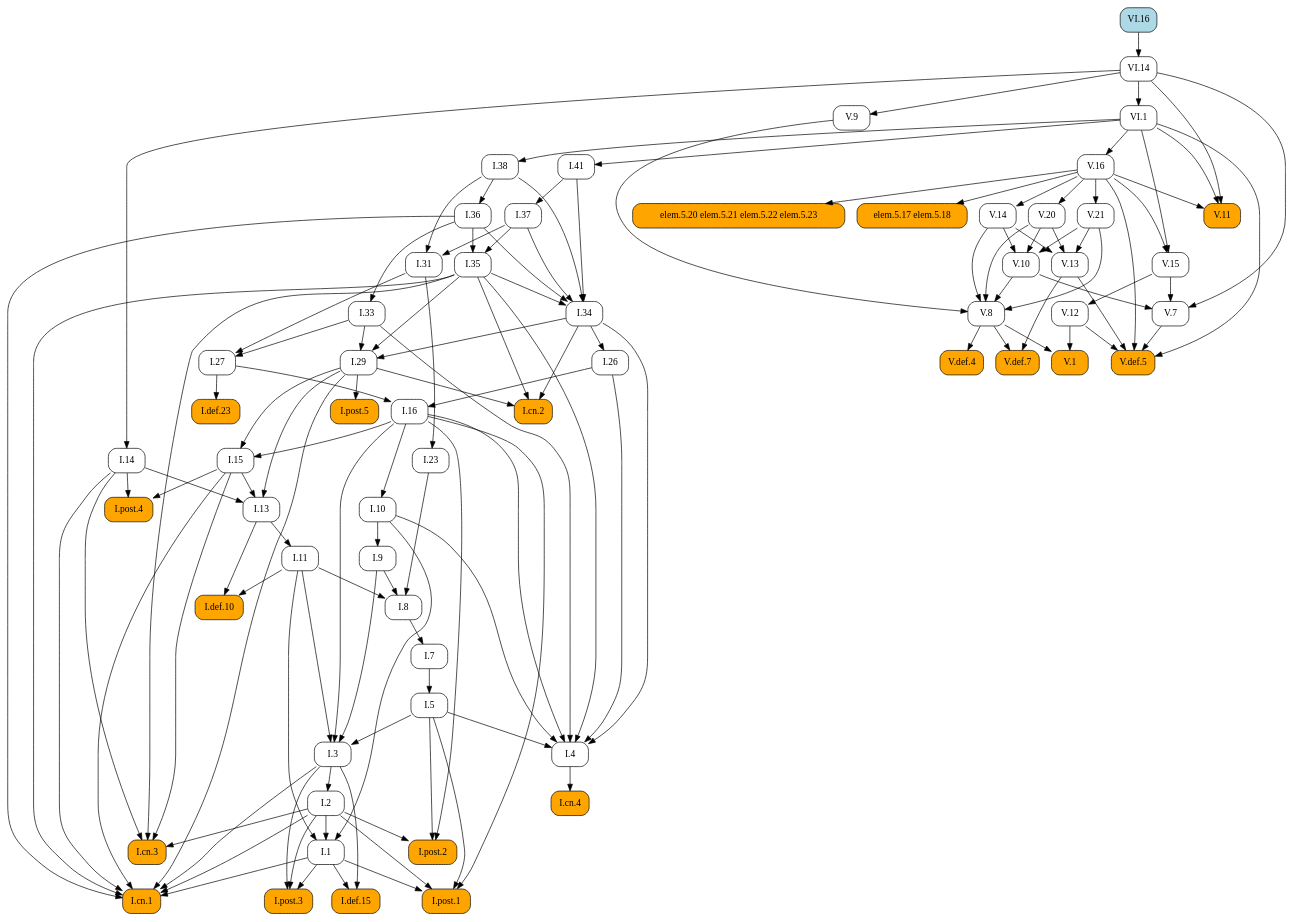
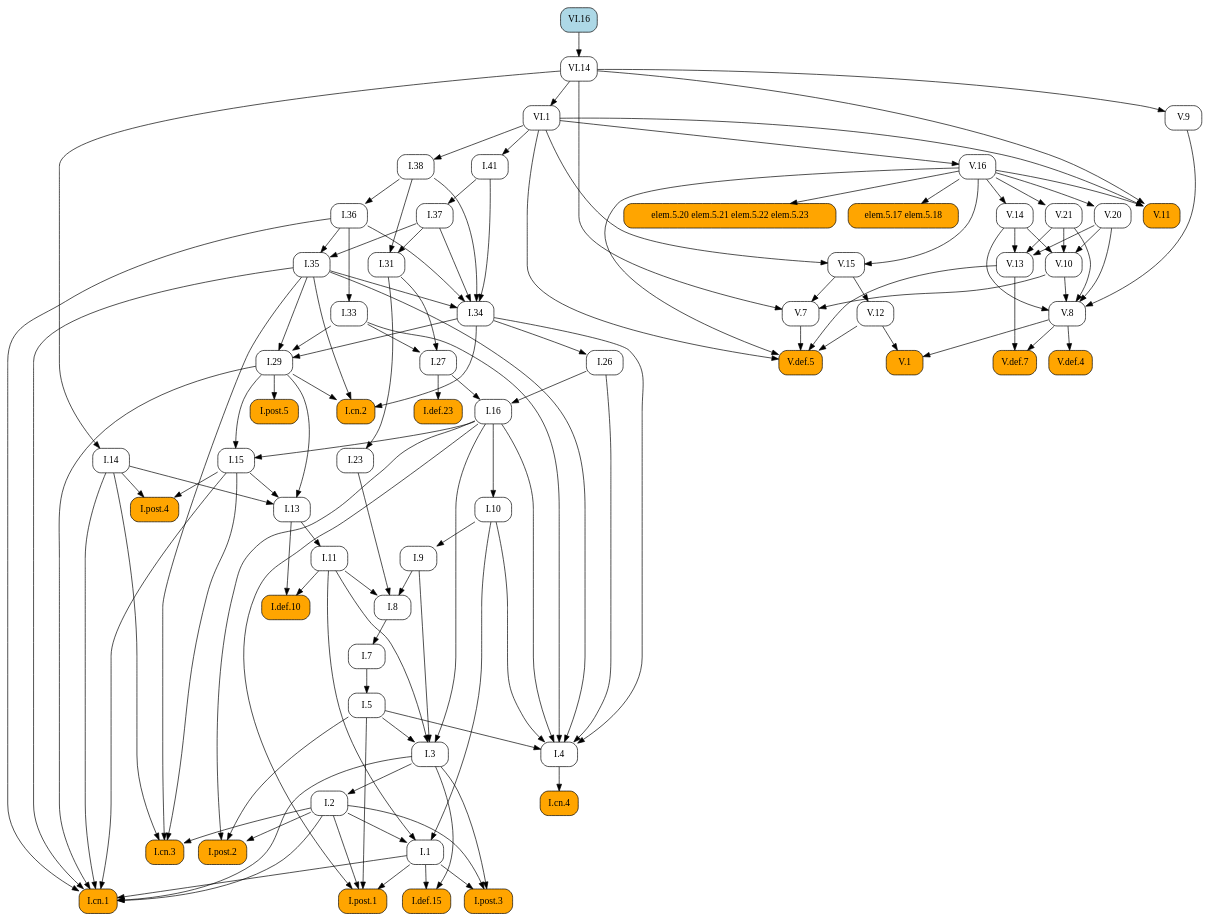
The diagram in docsrc/heath/VI/16/index.rst (geometor/elements), drawn with Graphviz before and after one commit. The commit also changed other lines of this file and 484 other files, not shown here.

```diff
--- a/docsrc/heath/VI/16/index.rst
+++ b/docsrc/heath/VI/16/index.rst
@@ -59,105 +59,121 @@
    digraph {
      rankdir="TB";
      node [shape=box, style=rounded];
-     "I.def.10" [style="rounded,filled", fillcolor=orange, URL="/heath/I/def.10/", target="_top"];
-     "I.11" [URL="/heath/I/11/", target="_top"];
-     "I.post.4" [style="rounded,filled", fillcolor=orange, URL="/heath/I/post.4/", target="_top"];
-     "I.1" [URL="/heath/I/1/", target="_top"];
-     "I.26" [URL="/heath/I/26/", target="_top"];
+     "V.16" [URL="/heath/V/16/", target="_top"];
+     "I.23" [URL="/heath/I/23/", target="_top"];
+     "I.9" [URL="/heath/I/9/", target="_top"];
+     "I.33" [URL="/heath/I/33/", target="_top"];
+     "VI.16" [style="rounded,filled", fillcolor=lightblue, URL="/heath/VI/16/", target="_top"];
+     "I.def.15" [style="rounded,filled", fillcolor=orange, URL="/heath/I/def.15/", target="_top"];
+     "V.13" [URL="/heath/V/13/", target="_top"];
+     "V.7" [URL="/heath/V/7/", target="_top"];
+     "elem.5.17 elem.5.18" [style="rounded,filled", fillcolor=orange];
+     "I.post.3" [style="rounded,filled", fillcolor=orange, URL="/heath/I/post.3/", target="_top"];
+     "I.post.1" [style="rounded,filled", fillcolor=orange, URL="/heath/I/post.1/", target="_top"];
      "V.14" [URL="/heath/V/14/", target="_top"];
      "V.def.5" [style="rounded,filled", fillcolor=orange, URL="/heath/V/def.5/", target="_top"];
+     "V.9" [URL="/heath/V/9/", target="_top"];
+     "I.31" [URL="/heath/I/31/", target="_top"];
+     "I.def.10" [style="rounded,filled", fillcolor=orange, URL="/heath/I/def.10/", target="_top"];
+     "V.10" [URL="/heath/V/10/", target="_top"];
+     "VI.1" [URL="/heath/VI/1/", target="_top"];
+     "V.20" [URL="/heath/V/20/", target="_top"];
+     "VI.14" [URL="/heath/VI/14/", target="_top"];
+     "I.27" [URL="/heath/I/27/", target="_top"];
+     "I.14" [URL="/heath/I/14/", target="_top"];
+     "V.11" [style="rounded,filled", fillcolor=orange, URL="/heath/V/11/", target="_top"];
+     "I.34" [URL="/heath/I/34/", target="_top"];
+     "V.12" [URL="/heath/V/12/", target="_top"];
+     "I.3" [URL="/heath/I/3/", target="_top"];
+     "V.def.4" [style="rounded,filled", fillcolor=orange, URL="/heath/V/def.4/", target="_top"];
+     "I.35" [URL="/heath/I/35/", target="_top"];
+     "I.cn.1" [style="rounded,filled", fillcolor=orange, URL="/heath/I/cn.1/", target="_top"];
+     "V.def.7" [style="rounded,filled", fillcolor=orange, URL="/heath/V/def.7/", target="_top"];
+     "I.7" [URL="/heath/I/7/", target="_top"];
+     "V.21" [URL="/heath/V/21/", target="_top"];
+     "I.2" [URL="/heath/I/2/", target="_top"];
+     "I.36" [URL="/heath/I/36/", target="_top"];
+     "I.13" [URL="/heath/I/13/", target="_top"];
+     "I.post.4" [style="rounded,filled", fillcolor=orange, URL="/heath/I/post.4/", target="_top"];
+     "I.4" [URL="/heath/I/4/", target="_top"];
+     "I.1" [URL="/heath/I/1/", target="_top"];
+     "I.5" [URL="/heath/I/5/", target="_top"];
+     "I.37" [URL="/heath/I/37/", target="_top"];
+     "I.8" [URL="/heath/I/8/", target="_top"];
+     "I.cn.3" [style="rounded,filled", fillcolor=orange, URL="/heath/I/cn.3/", target="_top"];
      "I.29" [URL="/heath/I/29/", target="_top"];
-     "V.12" [URL="/heath/V/12/", target="_top"];
+     "I.16" [URL="/heath/I/16/", target="_top"];
+     "I.38" [URL="/heath/I/38/", target="_top"];
+     "V.8" [URL="/heath/V/8/", target="_top"];
+     "I.15" [URL="/heath/I/15/", target="_top"];
+     "V.1" [style="rounded,filled", fillcolor=orange, URL="/heath/V/1/", target="_top"];
+     "I.11" [URL="/heath/I/11/", target="_top"];
+     "I.def.23" [style="rounded,filled", fillcolor=orange, URL="/heath/I/def.23/", target="_top"];
+     "I.10" [URL="/heath/I/10/", target="_top"];
      "I.cn.2" [style="rounded,filled", fillcolor=orange, URL="/heath/I/cn.2/", target="_top"];
-     "V.20" [URL="/heath/V/20/", target="_top"];
-     "V.10" [URL="/heath/V/10/", target="_top"];
-     "V.11" [style="rounded,filled", fillcolor=orange, URL="/heath/V/11/", target="_top"];
-     "V.13" [URL="/heath/V/13/", target="_top"];
-     "I.def.15" [style="rounded,filled", fillcolor=orange, URL="/heath/I/def.15/", target="_top"];
+     "I.post.5" [style="rounded,filled", fillcolor=orange, URL="/heath/I/post.5/", target="_top"];
+     "I.cn.4" [style="rounded,filled", fillcolor=orange, URL="/heath/I/cn.4/", target="_top"];
+     "I.41" [URL="/heath/I/41/", target="_top"];
      "V.15" [URL="/heath/V/15/", target="_top"];
-     "VI.1" [URL="/heath/VI/1/", target="_top"];
-     "I.post.3" [style="rounded,filled", fillcolor=orange, URL="/heath/I/post.3/", target="_top"];
-     "I.cn.1" [style="rounded,filled", fillcolor=orange, URL="/heath/I/cn.1/", target="_top"];
-     "I.cn.3" [style="rounded,filled", fillcolor=orange, URL="/heath/I/cn.3/", target="_top"];
-     "V.7" [URL="/heath/V/7/", target="_top"];
-     "V.9" [URL="/heath/V/9/", target="_top"];
-     "I.14" [URL="/heath/I/14/", target="_top"];
-     "V.16" [URL="/heath/V/16/", target="_top"];
-     "I.23" [URL="/heath/I/23/", target="_top"];
-     "I.post.1" [style="rounded,filled", fillcolor=orange, URL="/heath/I/post.1/", target="_top"];
-     "I.35" [URL="/heath/I/35/", target="_top"];
-     "V.8" [URL="/heath/V/8/", target="_top"];
-     "I.41" [URL="/heath/I/41/", target="_top"];
-     "I.36" [URL="/heath/I/36/", target="_top"];
-     "I.27" [URL="/heath/I/27/", target="_top"];
-     "I.37" [URL="/heath/I/37/", target="_top"];
-     "I.34" [URL="/heath/I/34/", target="_top"];
-     "I.3" [URL="/heath/I/3/", target="_top"];
-     "I.7" [URL="/heath/I/7/", target="_top"];
-     "I.2" [URL="/heath/I/2/", target="_top"];
-     "I.4" [URL="/heath/I/4/", target="_top"];
-     "I.def.23" [style="rounded,filled", fillcolor=orange, URL="/heath/I/def.23/", target="_top"];
-     "I.13" [URL="/heath/I/13/", target="_top"];
-     "I.33" [URL="/heath/I/33/", target="_top"];
-     "I.31" [URL="/heath/I/31/", target="_top"];
      "I.post.2" [style="rounded,filled", fillcolor=orange, URL="/heath/I/post.2/", target="_top"];
-     "V.1" [style="rounded,filled", fillcolor=orange, URL="/heath/V/1/", target="_top"];
-     "I.16" [URL="/heath/I/16/", target="_top"];
+     "I.26" [URL="/heath/I/26/", target="_top"];
      "elem.5.20 elem.5.21 elem.5.22 elem.5.23" [style="rounded,filled", fillcolor=orange];
-     "elem.5.17 elem.5.18" [style="rounded,filled", fillcolor=orange];
-     "I.9" [URL="/heath/I/9/", target="_top"];
-     "I.8" [URL="/heath/I/8/", target="_top"];
-     "V.def.4" [style="rounded,filled", fillcolor=orange, URL="/heath/V/def.4/", target="_top"];
-     "I.cn.4" [style="rounded,filled", fillcolor=orange, URL="/heath/I/cn.4/", target="_top"];
-     "VI.14" [URL="/heath/VI/14/", target="_top"];
-     "VI.16" [style="rounded,filled", fillcolor=lightblue, URL="/heath/VI/16/", target="_top"];
-     "I.15" [URL="/heath/I/15/", target="_top"];
-     "I.post.5" [style="rounded,filled", fillcolor=orange, URL="/heath/I/post.5/", target="_top"];
-     "I.38" [URL="/heath/I/38/", target="_top"];
-     "V.def.7" [style="rounded,filled", fillcolor=orange, URL="/heath/V/def.7/", target="_top"];
-     "I.10" [URL="/heath/I/10/", target="_top"];
-     "I.5" [URL="/heath/I/5/", target="_top"];
-     "V.21" [URL="/heath/V/21/", target="_top"];
-     "I.11" -> "I.def.10";
-     "I.13" -> "I.def.10";
-     "I.13" -> "I.11";
-     "I.14" -> "I.post.4";
-     "I.15" -> "I.post.4";
-     "I.2" -> "I.1";
-     "I.10" -> "I.1";
-     "I.11" -> "I.1";
-     "I.34" -> "I.26";
+     "VI.1" -> "V.16";
+     "I.31" -> "I.23";
+     "I.10" -> "I.9";
+     "I.36" -> "I.33";
+     "I.1" -> "I.def.15";
+     "I.3" -> "I.def.15";
+     "V.14" -> "V.13";
+     "V.20" -> "V.13";
+     "V.21" -> "V.13";
+     "V.10" -> "V.7";
+     "V.15" -> "V.7";
+     "VI.14" -> "V.7";
+     "V.16" -> "elem.5.17 elem.5.18";
+     "I.1" -> "I.post.3";
+     "I.2" -> "I.post.3";
+     "I.3" -> "I.post.3";
+     "I.1" -> "I.post.1";
+     "I.2" -> "I.post.1";
+     "I.5" -> "I.post.1";
+     "I.16" -> "I.post.1";
      "V.16" -> "V.14";
      "V.7" -> "V.def.5";
      "V.12" -> "V.def.5";
      "V.13" -> "V.def.5";
      "V.16" -> "V.def.5";
      "VI.1" -> "V.def.5";
-     "I.33" -> "I.29";
-     "I.34" -> "I.29";
-     "I.35" -> "I.29";
-     "V.15" -> "V.12";
-     "I.29" -> "I.cn.2";
-     "I.34" -> "I.cn.2";
-     "I.35" -> "I.cn.2";
-     "V.16" -> "V.20";
+     "VI.14" -> "V.9";
+     "I.37" -> "I.31";
+     "I.38" -> "I.31";
+     "I.11" -> "I.def.10";
+     "I.13" -> "I.def.10";
      "V.14" -> "V.10";
      "V.20" -> "V.10";
      "V.21" -> "V.10";
+     "VI.14" -> "VI.1";
+     "V.16" -> "V.20";
+     "VI.16" -> "VI.14";
+     "I.31" -> "I.27";
+     "I.33" -> "I.27";
+     "VI.14" -> "I.14";
      "V.16" -> "V.11";
      "VI.1" -> "V.11";
      "VI.14" -> "V.11";
-     "V.14" -> "V.13";
-     "V.20" -> "V.13";
-     "V.21" -> "V.13";
-     "I.1" -> "I.def.15";
-     "I.3" -> "I.def.15";
-     "V.16" -> "V.15";
-     "VI.1" -> "V.15";
-     "VI.14" -> "VI.1";
-     "I.1" -> "I.post.3";
-     "I.2" -> "I.post.3";
-     "I.3" -> "I.post.3";
+     "I.35" -> "I.34";
+     "I.36" -> "I.34";
+     "I.37" -> "I.34";
+     "I.38" -> "I.34";
+     "I.41" -> "I.34";
+     "V.15" -> "V.12";
+     "I.5" -> "I.3";
+     "I.9" -> "I.3";
+     "I.11" -> "I.3";
+     "I.16" -> "I.3";
+     "V.8" -> "V.def.4";
+     "I.36" -> "I.35";
+     "I.37" -> "I.35";
      "I.1" -> "I.cn.1";
      "I.2" -> "I.cn.1";
      "I.3" -> "I.cn.1";
@@ -166,44 +182,17 @@
      "I.29" -> "I.cn.1";
      "I.35" -> "I.cn.1";
      "I.36" -> "I.cn.1";
-     "I.2" -> "I.cn.3";
-     "I.14" -> "I.cn.3";
-     "I.15" -> "I.cn.3";
-     "I.35" -> "I.cn.3";
-     "V.10" -> "V.7";
-     "V.15" -> "V.7";
-     "VI.14" -> "V.7";
-     "VI.14" -> "V.9";
-     "VI.14" -> "I.14";
-     "VI.1" -> "V.16";
-     "I.31" -> "I.23";
-     "I.1" -> "I.post.1";
-     "I.2" -> "I.post.1";
-     "I.5" -> "I.post.1";
-     "I.16" -> "I.post.1";
-     "I.36" -> "I.35";
-     "I.37" -> "I.35";
-     "V.9" -> "V.8";
-     "V.10" -> "V.8";
-     "V.14" -> "V.8";
-     "V.20" -> "V.8";
-     "V.21" -> "V.8";
-     "VI.1" -> "I.41";
+     "V.8" -> "V.def.7";
+     "V.13" -> "V.def.7";
+     "I.8" -> "I.7";
+     "V.16" -> "V.21";
+     "I.3" -> "I.2";
      "I.38" -> "I.36";
-     "I.31" -> "I.27";
-     "I.33" -> "I.27";
-     "I.41" -> "I.37";
-     "I.35" -> "I.34";
-     "I.36" -> "I.34";
-     "I.37" -> "I.34";
-     "I.38" -> "I.34";
-     "I.41" -> "I.34";
-     "I.5" -> "I.3";
-     "I.9" -> "I.3";
-     "I.11" -> "I.3";
-     "I.16" -> "I.3";
-     "I.8" -> "I.7";
-     "I.3" -> "I.2";
+     "I.14" -> "I.13";
+     "I.15" -> "I.13";
+     "I.29" -> "I.13";
+     "I.14" -> "I.post.4";
+     "I.15" -> "I.post.4";
      "I.5" -> "I.4";
      "I.10" -> "I.4";
      "I.16" -> "I.4";
@@ -211,36 +200,47 @@
      "I.33" -> "I.4";
      "I.34" -> "I.4";
      "I.35" -> "I.4";
+     "I.2" -> "I.1";
+     "I.10" -> "I.1";
+     "I.11" -> "I.1";
+     "I.7" -> "I.5";
+     "I.41" -> "I.37";
+     "I.9" -> "I.8";
+     "I.11" -> "I.8";
+     "I.23" -> "I.8";
+     "I.2" -> "I.cn.3";
+     "I.14" -> "I.cn.3";
+     "I.15" -> "I.cn.3";
+     "I.35" -> "I.cn.3";
+     "I.33" -> "I.29";
+     "I.34" -> "I.29";
+     "I.35" -> "I.29";
+     "I.26" -> "I.16";
+     "I.27" -> "I.16";
+     "VI.1" -> "I.38";
+     "V.9" -> "V.8";
+     "V.10" -> "V.8";
+     "V.14" -> "V.8";
+     "V.20" -> "V.8";
+     "V.21" -> "V.8";
+     "I.16" -> "I.15";
+     "I.29" -> "I.15";
+     "V.8" -> "V.1";
+     "V.12" -> "V.1";
+     "I.13" -> "I.11";
      "I.27" -> "I.def.23";
-     "I.14" -> "I.13";
-     "I.15" -> "I.13";
-     "I.29" -> "I.13";
-     "I.36" -> "I.33";
-     "I.37" -> "I.31";
-     "I.38" -> "I.31";
+     "I.16" -> "I.10";
+     "I.29" -> "I.cn.2";
+     "I.34" -> "I.cn.2";
+     "I.35" -> "I.cn.2";
+     "I.29" -> "I.post.5";
+     "I.4" -> "I.cn.4";
+     "VI.1" -> "I.41";
+     "V.16" -> "V.15";
+     "VI.1" -> "V.15";
      "I.2" -> "I.post.2";
      "I.5" -> "I.post.2";
      "I.16" -> "I.post.2";
-     "V.8" -> "V.1";
-     "V.12" -> "V.1";
-     "I.26" -> "I.16";
-     "I.27" -> "I.16";
+     "I.34" -> "I.26";
      "V.16" -> "elem.5.20 elem.5.21 elem.5.22 elem.5.23";
-     "V.16" -> "elem.5.17 elem.5.18";
-     "I.10" -> "I.9";
-     "I.9" -> "I.8";
-     "I.11" -> "I.8";
-     "I.23" -> "I.8";
-     "V.8" -> "V.def.4";
-     "I.4" -> "I.cn.4";
-     "VI.16" -> "VI.14";
-     "I.16" -> "I.15";
-     "I.29" -> "I.15";
-     "I.29" -> "I.post.5";
-     "VI.1" -> "I.38";
-     "V.8" -> "V.def.7";
-     "V.13" -> "V.def.7";
-     "I.16" -> "I.10";
-     "I.7" -> "I.5";
-     "V.16" -> "V.21";
    }
```
